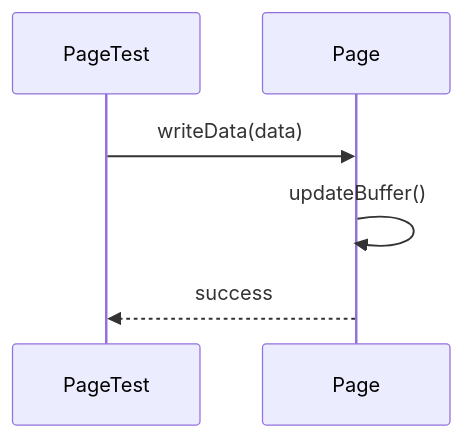
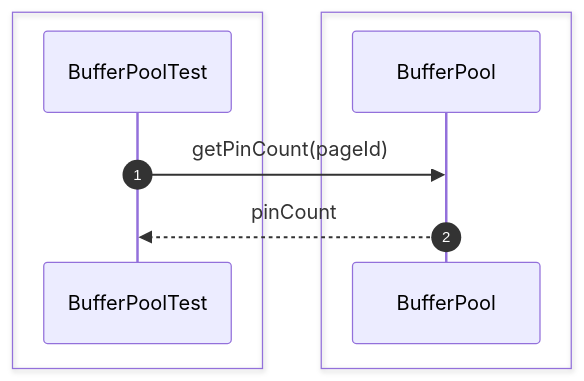
Diagram 11 of 52 in src/sequence/storage-engine.md (Huy1801214/dbms-architecture), drawn with Mermaid before and after one commit. The commit also changed other lines of this file and 10 other files, not shown here.

Commit message:
add comprehensive sequence diagrams and documentation for system architecture and unit testing specifications

````diff
--- a/src/sequence/storage-engine.md
+++ b/src/sequence/storage-engine.md
@@ -187,11 +184,14 @@
 ```mermaid
 sequenceDiagram
-    participant Test as PageTest
-    participant Page
+    autonumber
 
-    Test->>Page: writeData(data)
+    box #e1f5fe Test Suite
+    participant Test as BufferPoolTest
+    end
+    box #e0f2f1 Storage Components
+    participant Buffer as BufferPool
+    end
 
-    Page->>Page: updateBuffer()
-
-    Page-->>Test: success
+    Test->>Buffer: getPinCount(pageId)
+    Buffer-->>Test: pinCount
 ```
````
